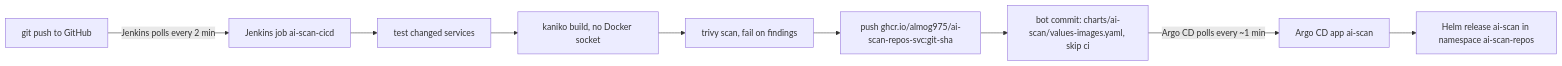
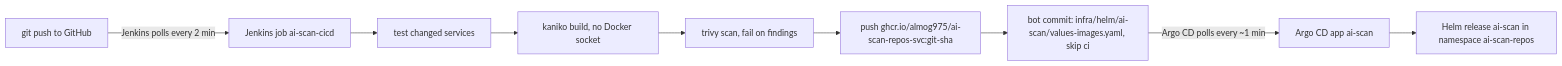
Before and after one commit to almog975/ai-scan-repos: the diagram in docs/cicd-docker-desktop.md, drawn with Mermaid. The commit also changed other lines of this file and 52 other files, not shown here.

````diff
--- a/docs/cicd-docker-desktop.md
+++ b/docs/cicd-docker-desktop.md
@@ -3,11 +3,11 @@
 ```mermaid
 flowchart LR
   dev[git push to GitHub] -->|Jenkins polls every 2 min| J[Jenkins job ai-scan-cicd]
   J --> T[test changed services]
   T --> B[kaniko build, no Docker socket]
   B --> S[trivy scan, fail on findings]
   S --> P[push ghcr.io/almog975/ai-scan-repos-svc:git-sha]
-  P --> G[bot commit: charts/ai-scan/values-images.yaml, skip ci]
+  P --> G[bot commit: infra/helm/ai-scan/values-images.yaml, skip ci]
   G -->|Argo CD polls every ~1 min| A[Argo CD app ai-scan]
   A --> K[Helm release ai-scan in namespace ai-scan-repos]
 ```
````
